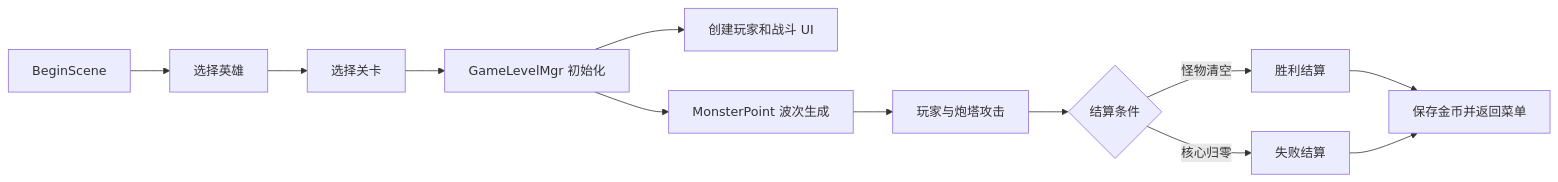
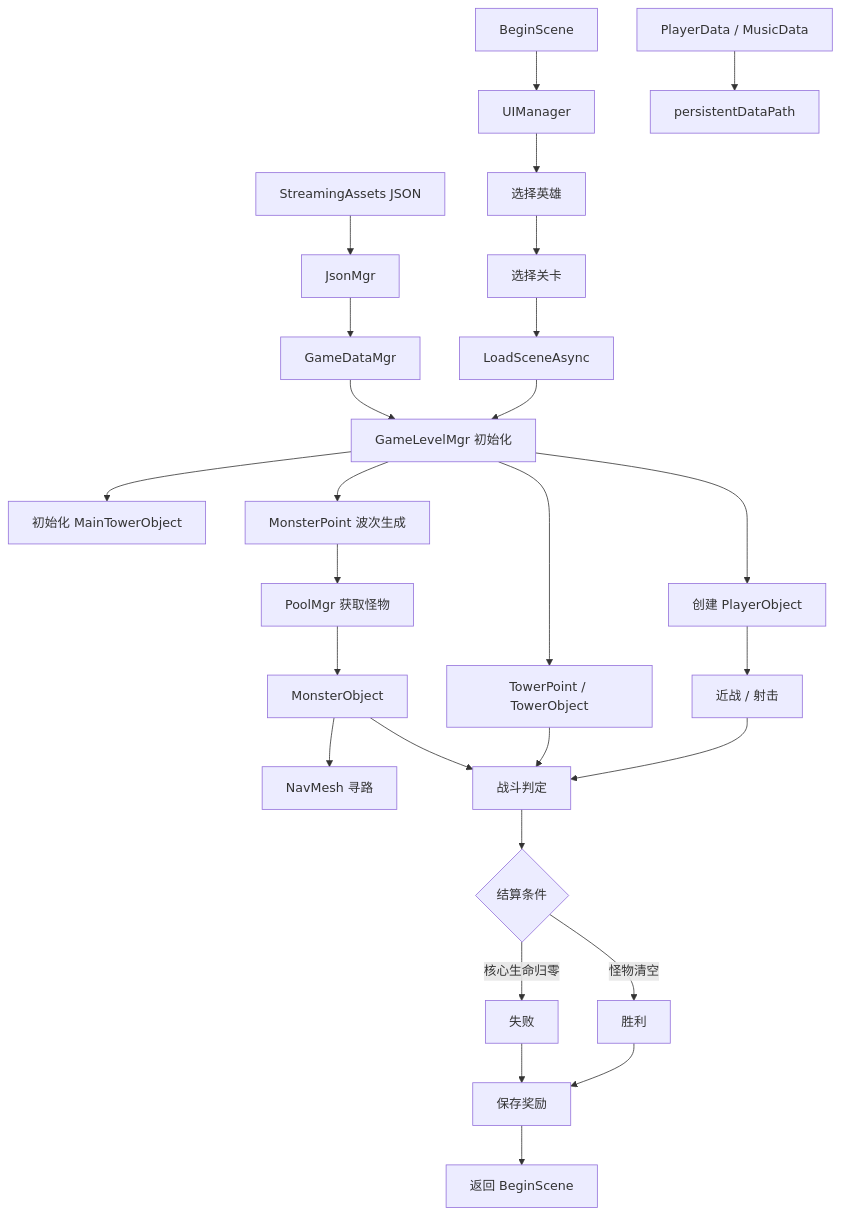
One commit to huang494824/zombie-siege changed the diagram in README.md. Above: the diagram before and after it, drawn with Mermaid. The commit also changed other lines of this file, not shown here.

````diff
--- a/README.md
+++ b/README.md
@@ -9,14 +31,38 @@
 ```mermaid
-flowchart LR
-    A[BeginScene] --> B[选择英雄]
-    B --> C[选择关卡]
-    C --> D[GameLevelMgr 初始化]
-    D --> E[创建玩家和战斗 UI]
-    D --> F[MonsterPoint 波次生成]
-    F --> G[玩家与炮塔攻击]
-    G --> H{结算条件}
-    H -->|怪物清空| I[胜利结算]
-    H -->|核心归零| J[失败结算]
-    I --> K[保存金币并返回菜单]
-    J --> K
+flowchart TD
+    A[BeginScene] --> B[UIManager]
+    B --> C[选择英雄]
+    C --> D[选择关卡]
+
+    D --> E[LoadSceneAsync]
+    E --> F[GameLevelMgr 初始化]
+
+    F --> G[创建 PlayerObject]
+    F --> H[初始化 MainTowerObject]
+    F --> I[MonsterPoint 波次生成]
+
+    I --> J[PoolMgr 获取怪物]
+    J --> K[MonsterObject]
+    K --> L[NavMesh 寻路]
+
+    G --> M[近战 / 射击]
+    F --> N[TowerPoint / TowerObject]
+
+    M --> O[战斗判定]
+    N --> O
+    K --> O
+
+    O --> P{结算条件}
+    P -->|怪物清空| Q[胜利]
+    P -->|核心生命归零| R[失败]
+
+    Q --> S[保存奖励]
+    R --> S
+    S --> T[返回 BeginScene]
+
+    U[StreamingAssets JSON] --> V[JsonMgr]
+    V --> W[GameDataMgr]
+    W --> F
+
+    X[PlayerData / MusicData] --> Y[persistentDataPath]
 ```
````
